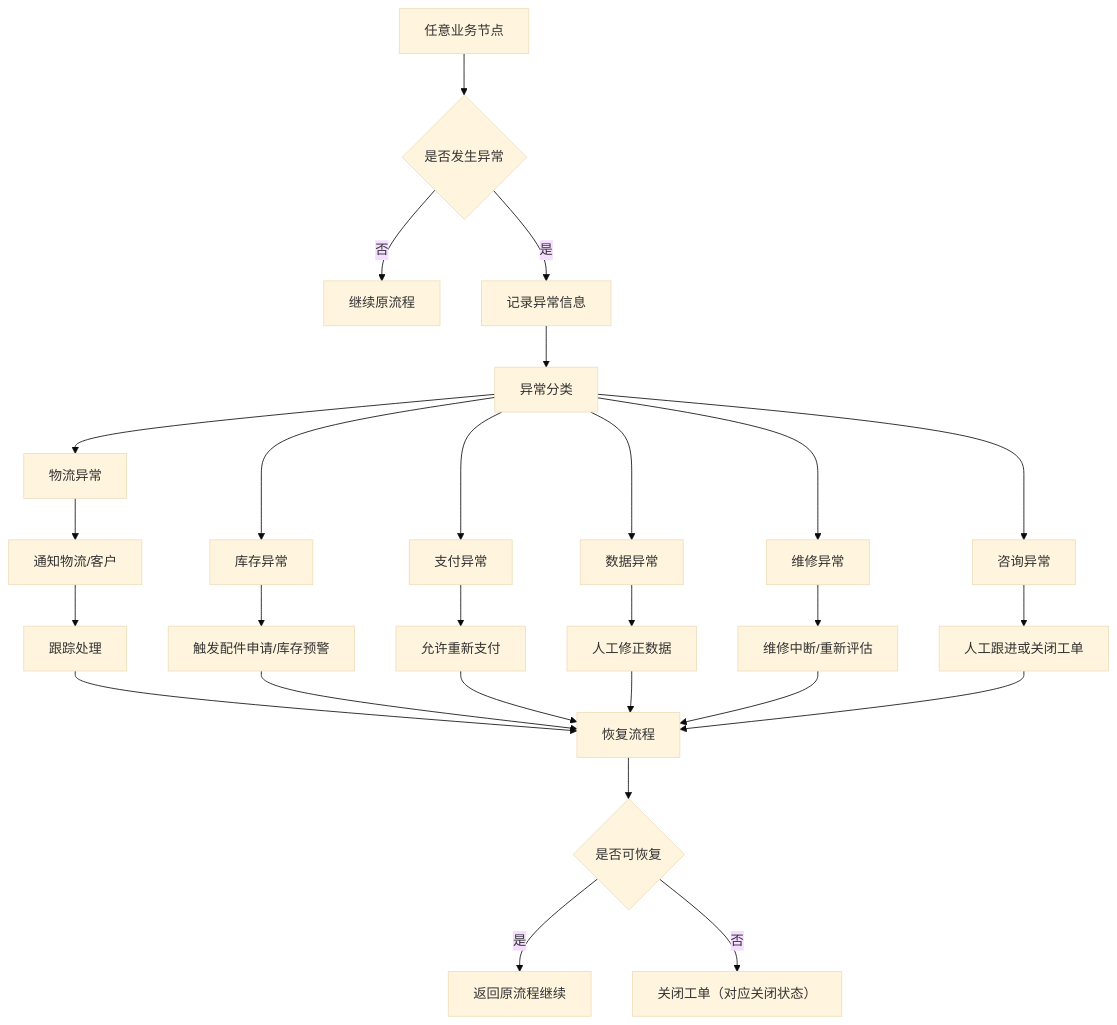
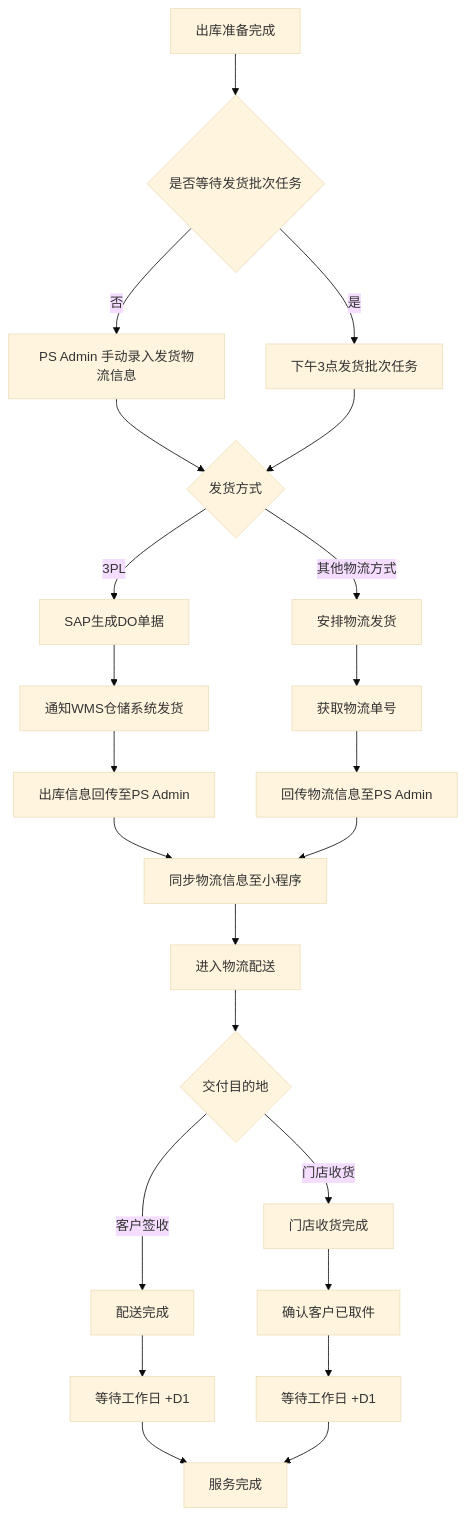
Before and after one commit to guguohai/gmps: the seventh of 38 diagrams in 文档/GM系统需求说明.md, drawn with Mermaid (base theme). The commit also changed other lines of this file, not shown here.

````diff
--- a/文档/GM系统需求说明.md
+++ b/文档/GM系统需求说明.md
@@ -700,41 +464,35 @@
 ```mermaid
 flowchart TD
 
-A[任意业务节点] --> B{是否发生异常}
+A[出库准备完成] --> B{是否等待发货批次任务}
 
-B -->|否| C[继续原流程]
+B -->|否| C[PS Admin 手动录入发货物流信息]
+B -->|是| D[下午3点发货批次任务]
 
-B -->|是| D[记录异常信息]
-D --> E[异常分类]
+C --> E{发货方式}
+D --> E
 
-E --> F[物流异常]
-E --> G[库存异常]
-E --> H[支付异常]
-E --> I[数据异常]
-E --> J[维修异常]
-E --> K[咨询异常]
+E -->|3PL| F[SAP生成DO单据]
+F --> G[通知WMS仓储系统发货]
+G --> H[出库信息回传至PS Admin]
 
-F --> F1[通知物流/客户]
-F1 --> F2[跟踪处理]
-F2 --> L[恢复流程]
+E -->|其他物流方式| I[安排物流发货]
+I --> J[获取物流单号]
+J --> K[回传物流信息至PS Admin]
 
-G --> G1[触发配件申请/库存预警]
-G1 --> L
+H --> L[同步物流信息至小程序]
+K --> L
 
-H --> H1[允许重新支付]
-H1 --> L
+L --> M[进入物流配送]
 
-I --> I1[人工修正数据]
-I1 --> L
+M --> N{交付目的地}
 
-J --> J1[维修中断/重新评估]
-J1 --> L
+N -->|客户签收| O[配送完成]
+O --> P[等待工作日 +D1]
+P --> Q[服务完成]
 
-K --> K1[人工跟进或关闭工单]
-K1 --> L
-
-L --> M{是否可恢复}
-
-M -->|是| N[返回原流程继续]
-M -->|否| O[关闭工单（对应关闭状态）]
+N -->|门店收货| R[门店收货完成]
+R --> S[确认客户已取件]
+S --> T[等待工作日 +D1]
+T --> Q
 ```
````
